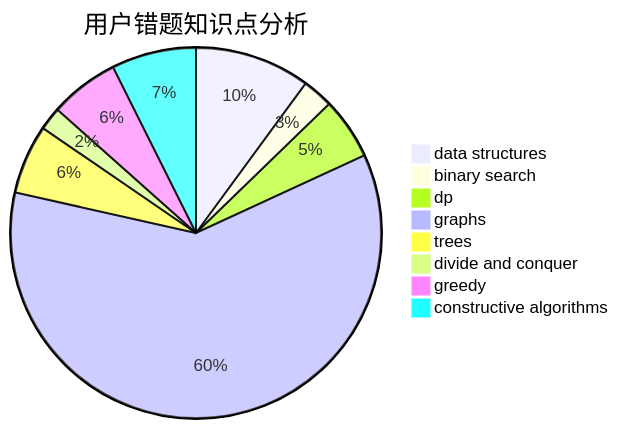
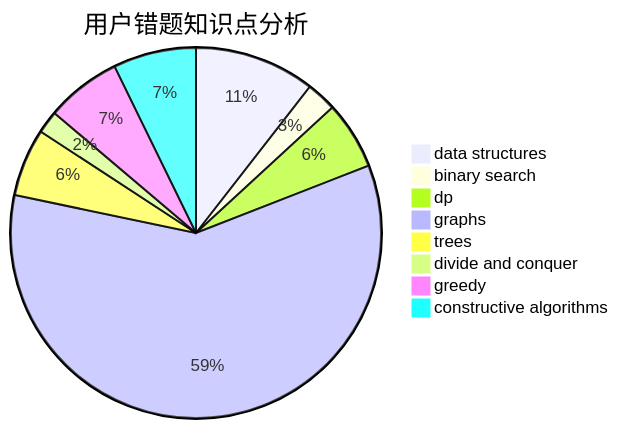
One commit to sherpahu/cfrs.github.io changed the third of 3 diagrams in docs/user/u2201.md. Above: the diagram before and after it, drawn with Mermaid. The commit also changed other lines of this file and 2770 other files, not shown here.

````diff
--- a/docs/user/u2201.md
+++ b/docs/user/u2201.md
@@ -36,11 +36,11 @@
 ```mermaid
 pie title 用户错题知识点分析
-    "data structures" :  15
+    "data structures" :  16
     "binary search" :  4
-    "dp" :  8
+    "dp" :  9
     "graphs" :  90
     "trees" :  9
     "divide and conquer" :  3
-    "greedy" :  9
+    "greedy" :  10
     "constructive algorithms" :  11
 ```
````
